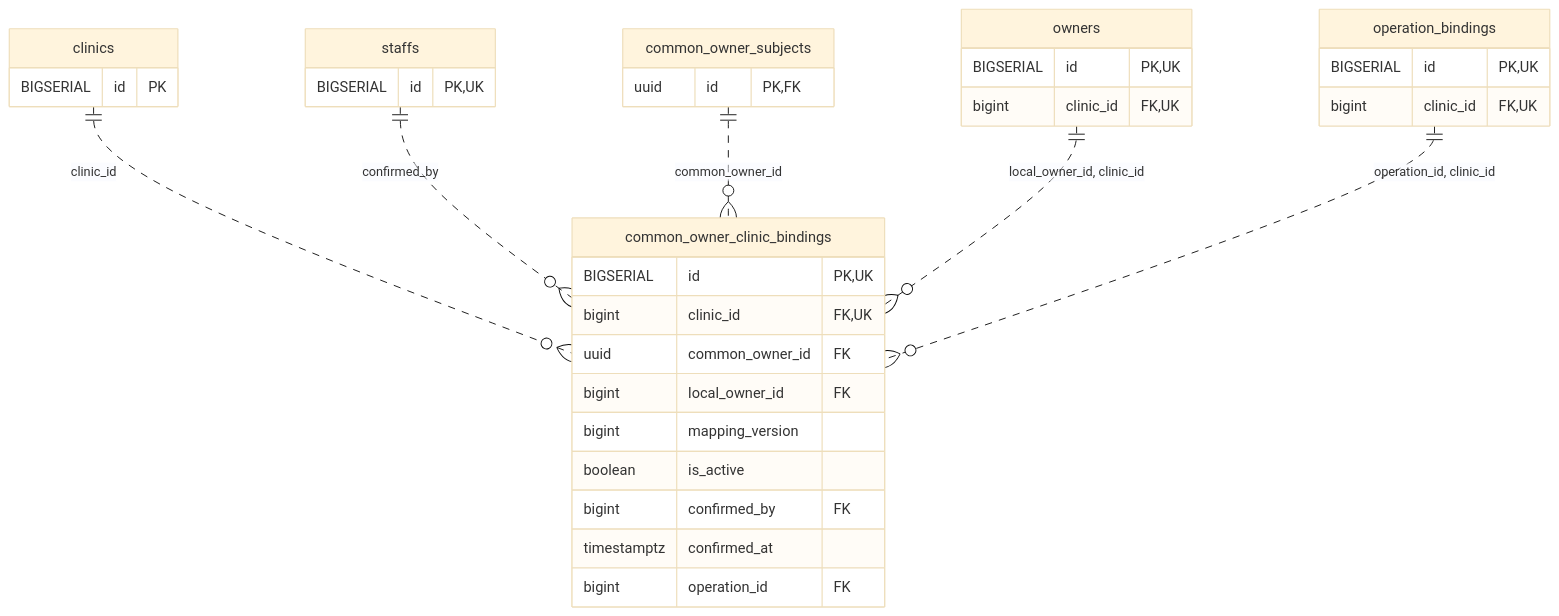
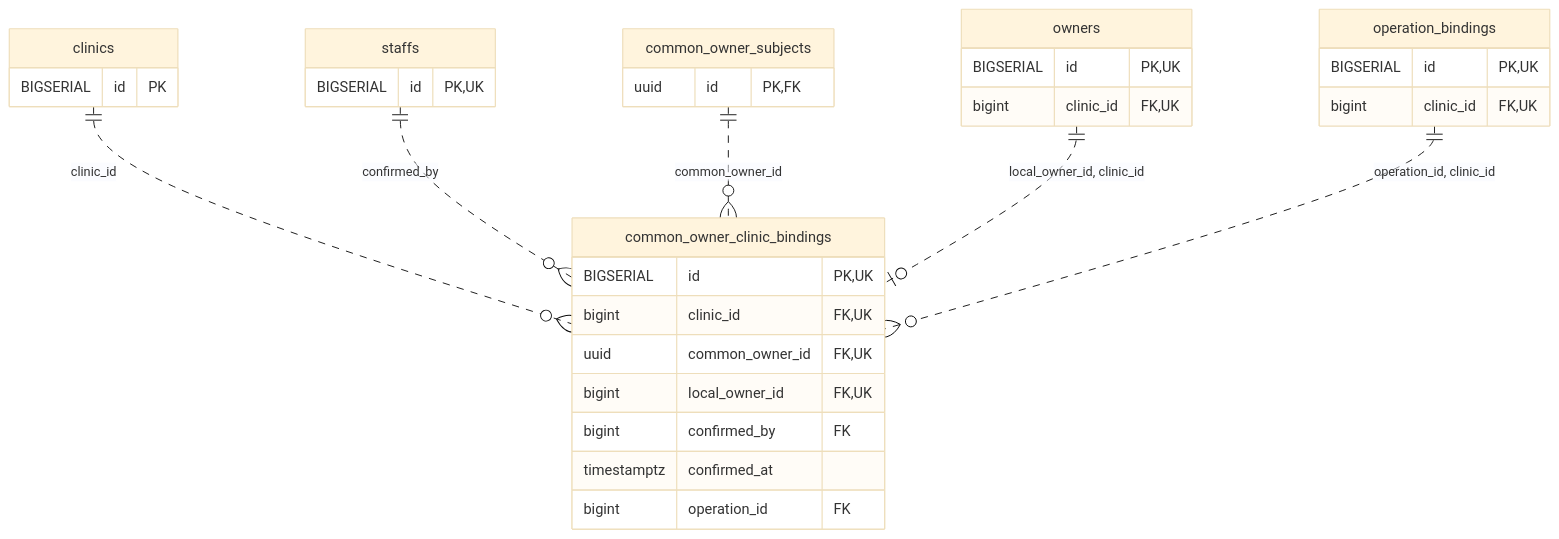
Before and after one commit to MinoruSoga/AnimalEkarte: the diagram in docs/architecture/erd-detail/common_owner_clinic_bindings.md, drawn with Mermaid (base theme). The commit also changed other lines of this file and 147 other files, not shown here.

````diff
--- a/docs/architecture/erd-detail/common_owner_clinic_bindings.md
+++ b/docs/architecture/erd-detail/common_owner_clinic_bindings.md
@@ -32,36 +30,34 @@
 ```mermaid
 erDiagram
     common_owner_clinic_bindings {
         BIGSERIAL id PK,UK
         bigint clinic_id FK,UK
-        uuid common_owner_id FK
-        bigint local_owner_id FK
-        bigint mapping_version
-        boolean is_active
+        uuid common_owner_id FK,UK
+        bigint local_owner_id FK,UK
         bigint confirmed_by FK
         timestamptz confirmed_at
         bigint operation_id FK
     }
     clinics {
         BIGSERIAL id PK
     }
     common_owner_subjects {
         uuid id PK,FK
     }
     operation_bindings {
         BIGSERIAL id PK,UK
         bigint clinic_id FK,UK
     }
     owners {
         BIGSERIAL id PK,UK
         bigint clinic_id FK,UK
     }
     staffs {
         BIGSERIAL id PK,UK
     }
     clinics ||..o{ common_owner_clinic_bindings : "clinic_id"
     staffs ||..o{ common_owner_clinic_bindings : "confirmed_by"
     common_owner_subjects ||..o{ common_owner_clinic_bindings : "common_owner_id"
-    owners ||..o{ common_owner_clinic_bindings : "local_owner_id, clinic_id"
+    owners ||..o| common_owner_clinic_bindings : "local_owner_id, clinic_id"
     operation_bindings ||..o{ common_owner_clinic_bindings : "operation_id, clinic_id"
 ```
````
